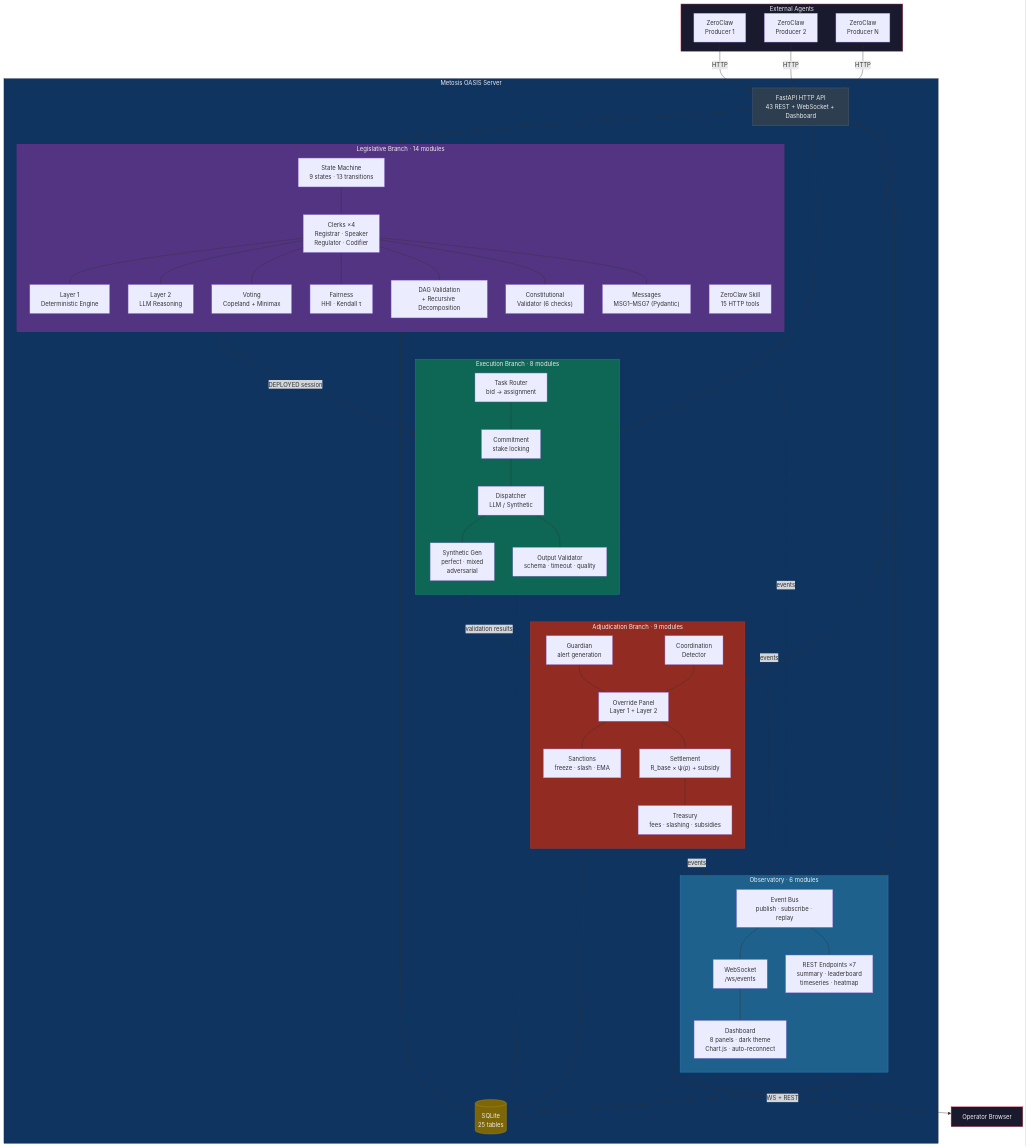
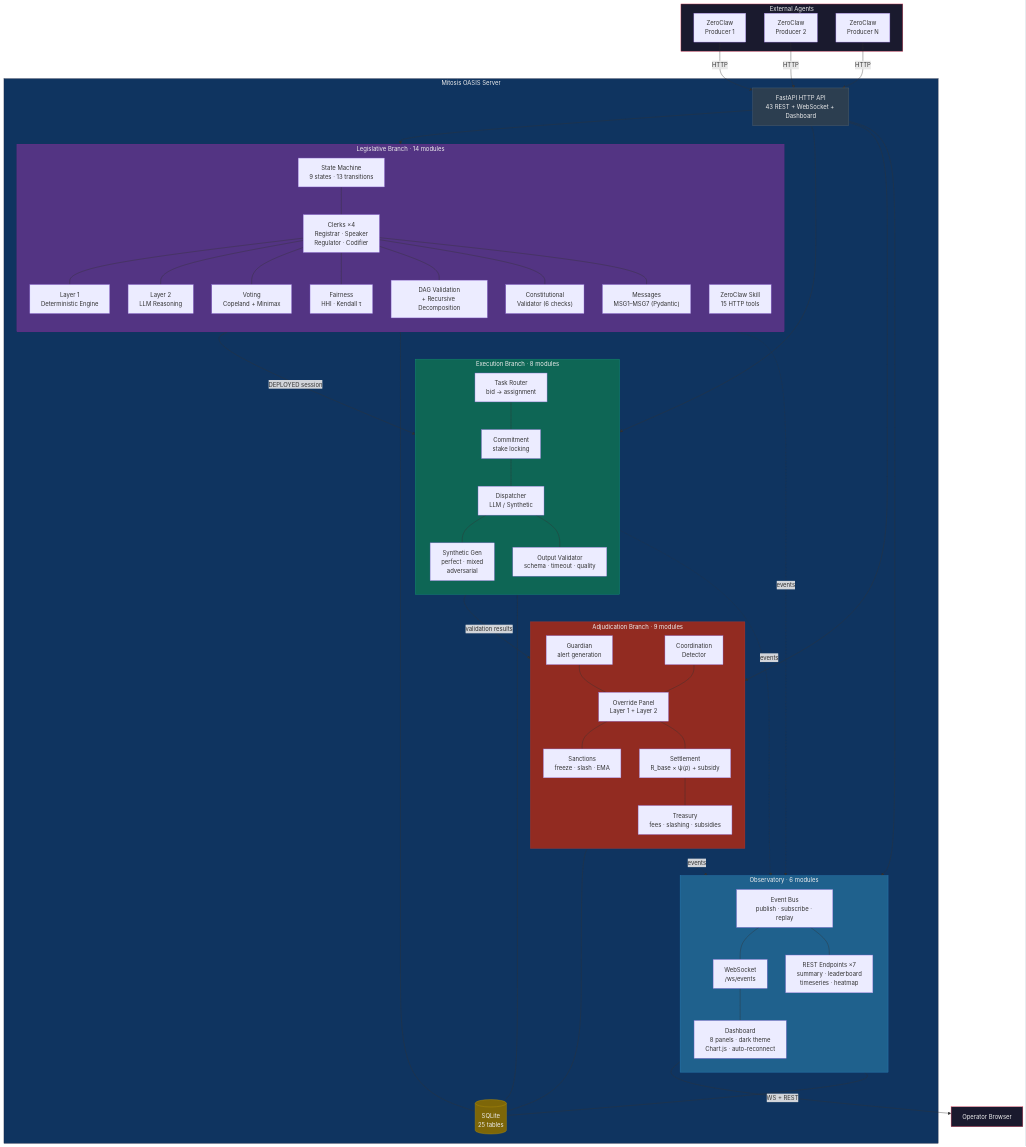
Before and after one commit to anbangr/mitosis-oasis: the diagram in README.md, drawn with Mermaid. The commit also changed other lines of this file and 19 other files, not shown here.

First line of the commit message:
refactor: rename Metosis → Mitosis throughout

```diff
--- a/README.md
+++ b/README.md
@@ -27,7 +27,7 @@
     ZC2 -->|HTTP| API
     ZCN -->|HTTP| API
 
-    subgraph Server["Metosis OASIS Server"]
+    subgraph Server["Mitosis OASIS Server"]
         API --> GOV
         API --> EXEC
         API --> ADJ
```
